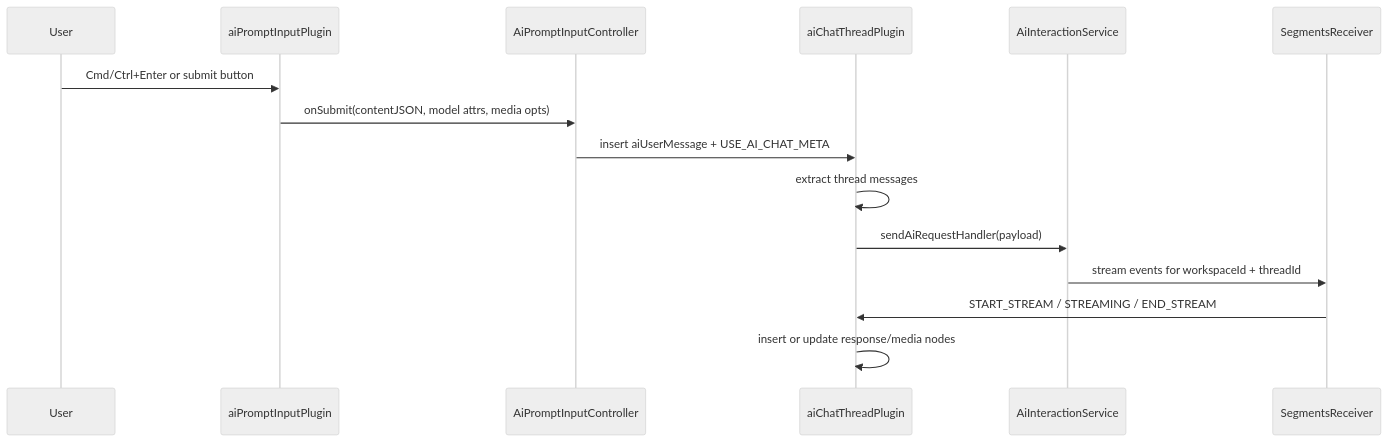
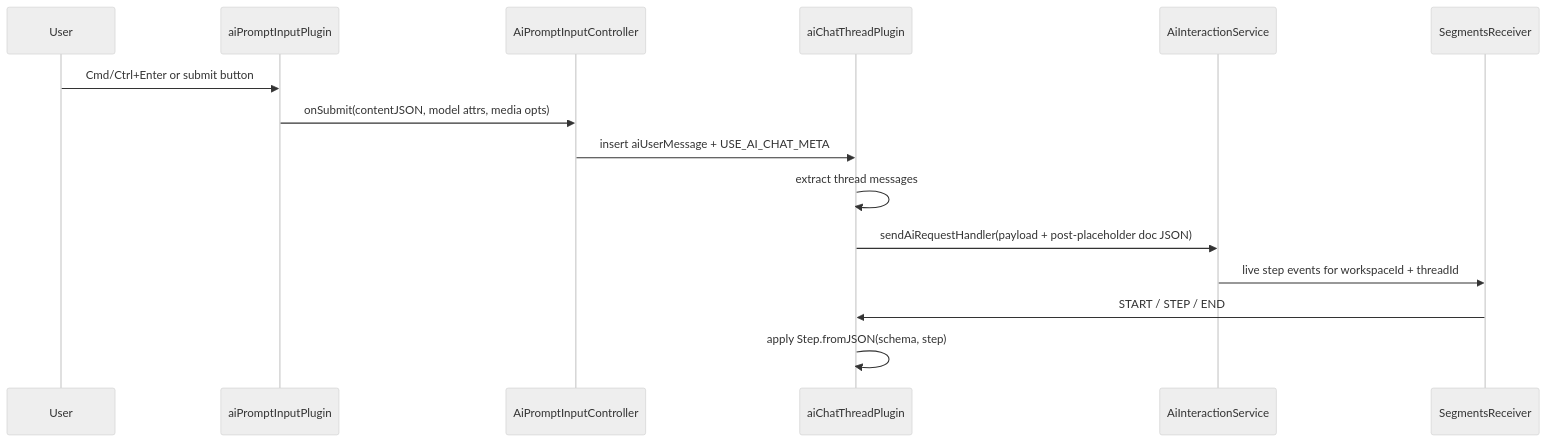
The diagram in services/web-ui/src/components/proseMirror/plugins/aiChatThreadPlugin/README.md (Lixpi/lixpi), drawn with Mermaid (neutral theme) before and after one commit. The commit also changed other lines of this file and 60 other files, not shown here.

Commit message:
LIX-283 # Server-authoritative ProseMirror with step streaming over JetStream

````diff
--- a/services/web-ui/src/components/proseMirror/plugins/aiChatThreadPlugin/README.md
+++ b/services/web-ui/src/components/proseMirror/plugins/aiChatThreadPlugin/README.md
@@ -46,18 +47,18 @@
 ```mermaid
 sequenceDiagram
     participant User
     participant Prompt as aiPromptInputPlugin
     participant Controller as AiPromptInputController
     participant Thread as aiChatThreadPlugin
     participant Service as AiInteractionService
     participant Receiver as SegmentsReceiver
 
     User->>Prompt: Cmd/Ctrl+Enter or submit button
     Prompt->>Controller: onSubmit(contentJSON, model attrs, media opts)
     Controller->>Thread: insert aiUserMessage + USE_AI_CHAT_META
     Thread->>Thread: extract thread messages
-    Thread->>Service: sendAiRequestHandler(payload)
-    Service->>Receiver: stream events for workspaceId + threadId
-    Receiver->>Thread: START_STREAM / STREAMING / END_STREAM
-    Thread->>Thread: insert or update response/media nodes
+    Thread->>Service: sendAiRequestHandler(payload + post-placeholder doc JSON)
+    Service->>Receiver: live step events for workspaceId + threadId
+    Receiver->>Thread: START / STEP / END
+    Thread->>Thread: apply Step.fromJSON(schema, step)
 ```
````
